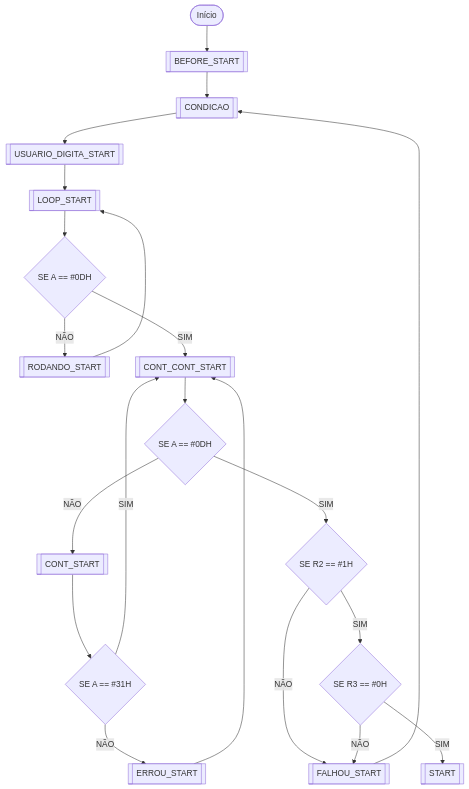
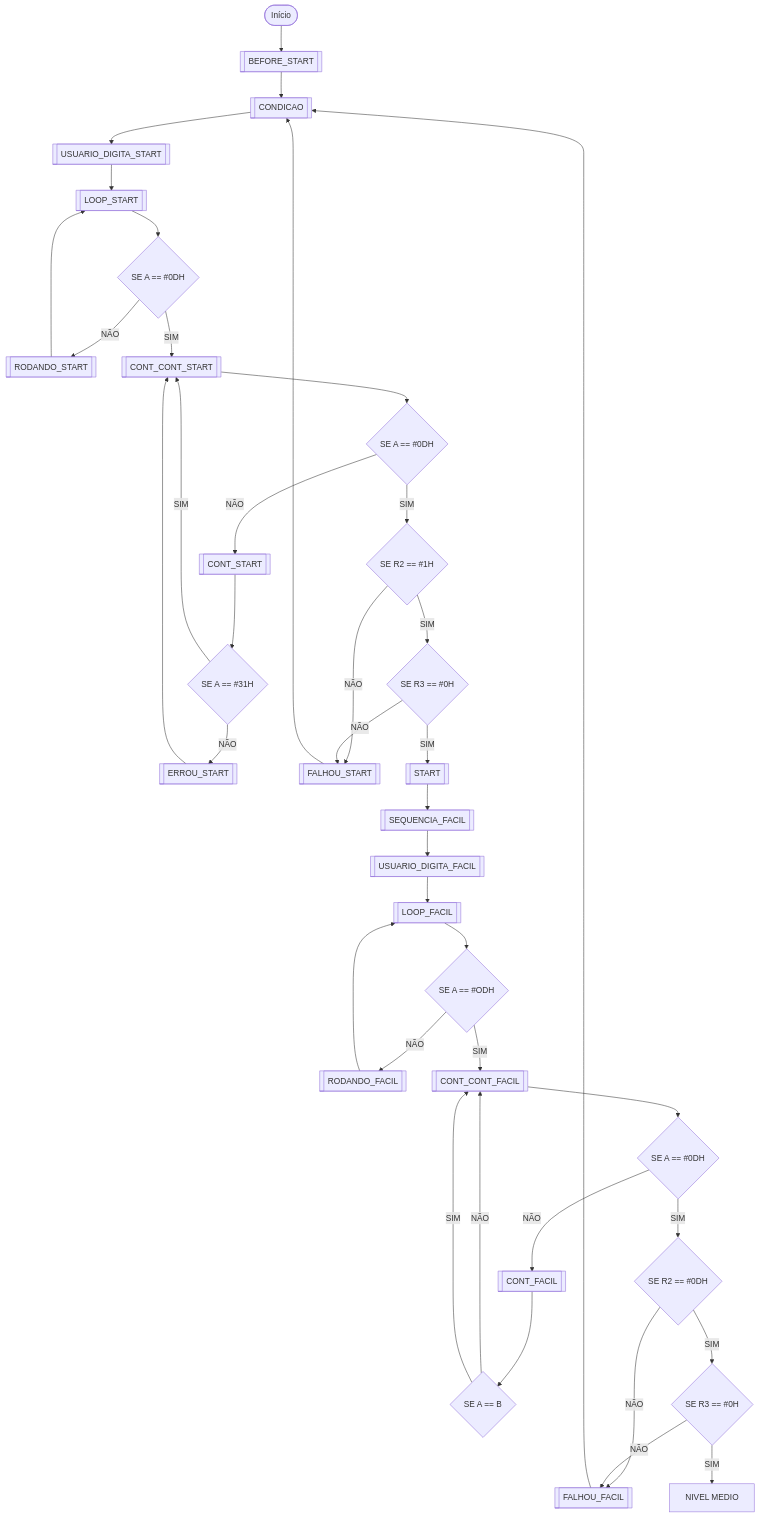
One commit to Mariah-Gomes/jogo_de_memorizacao changed the diagram in README.md. Above: the diagram before and after it, drawn with Mermaid.

````diff
--- a/README.md
+++ b/README.md
@@ -11,23 +11,43 @@
 ```mermaid
 graph TD;
     A([Início]) --> B[[BEFORE_START]];
     B --> C[[CONDICAO]];
     C --> D[[USUARIO_DIGITA_START]];
     D --> E[[LOOP_START]];
     E --> F{SE A == #0DH};
     F -->|NÃO|G[[RODANDO_START]];
     G--> E;
     F -->|SIM|H[[CONT_CONT_START]];
     H --> I{SE A == #0DH};
     I --> |NÃO|J[[CONT_START]];
     J --> K{SE A == #31H};
     K --> |NÃO|L[[ERROU_START]];
     L --> H; 
     K --> |SIM|H;
     I --> |SIM|N{SE R2 == #1H};
     N --> |NÃO|O[[FALHOU_START]];
     O --> C;
     N --> |SIM|P{SE R3 == #0H};
     P --> |NÃO|O;
     P --> |SIM|Q[[START]];
+
+    Q --> R[[SEQUENCIA_FACIL]];
+    R --> S[[USUARIO_DIGITA_FACIL]];
+    S --> T[[LOOP_FACIL]];
+    T --> U{SE A == #ODH};
+    U --> |NÃO|V[[RODANDO_FACIL]];
+    V --> T;
+    U --> |SIM|W[[CONT_CONT_FACIL]];
+    W --> X{SE A == #0DH};
+    X --> |NÃO|Y[[CONT_FACIL]];
+    Y --> Z{SE A == B};
+    Z --> |NÃO|W;
+    Z --> |SIM|W;
+    X --> |SIM|AA{SE R2 == #0DH};
+    AA --> |NÃO|AB[[FALHOU_FACIL]];
+    AB --> C;
+    AA --> |SIM|AC{SE R3 == #0H};
+    AC --> |NÃO|AB;
+    AC --> |SIM|AD[NIVEL MEDIO];
+
 ```
````
